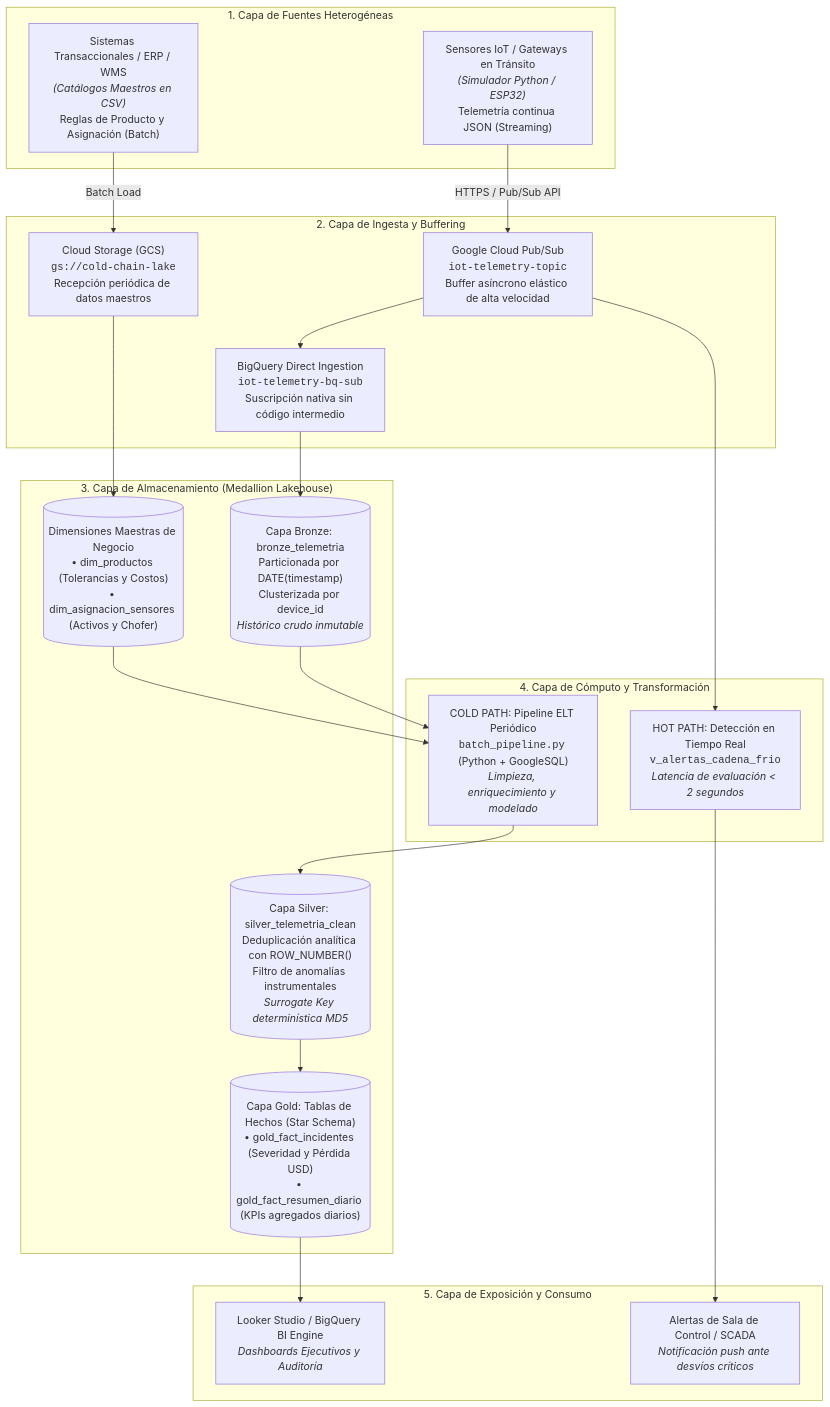
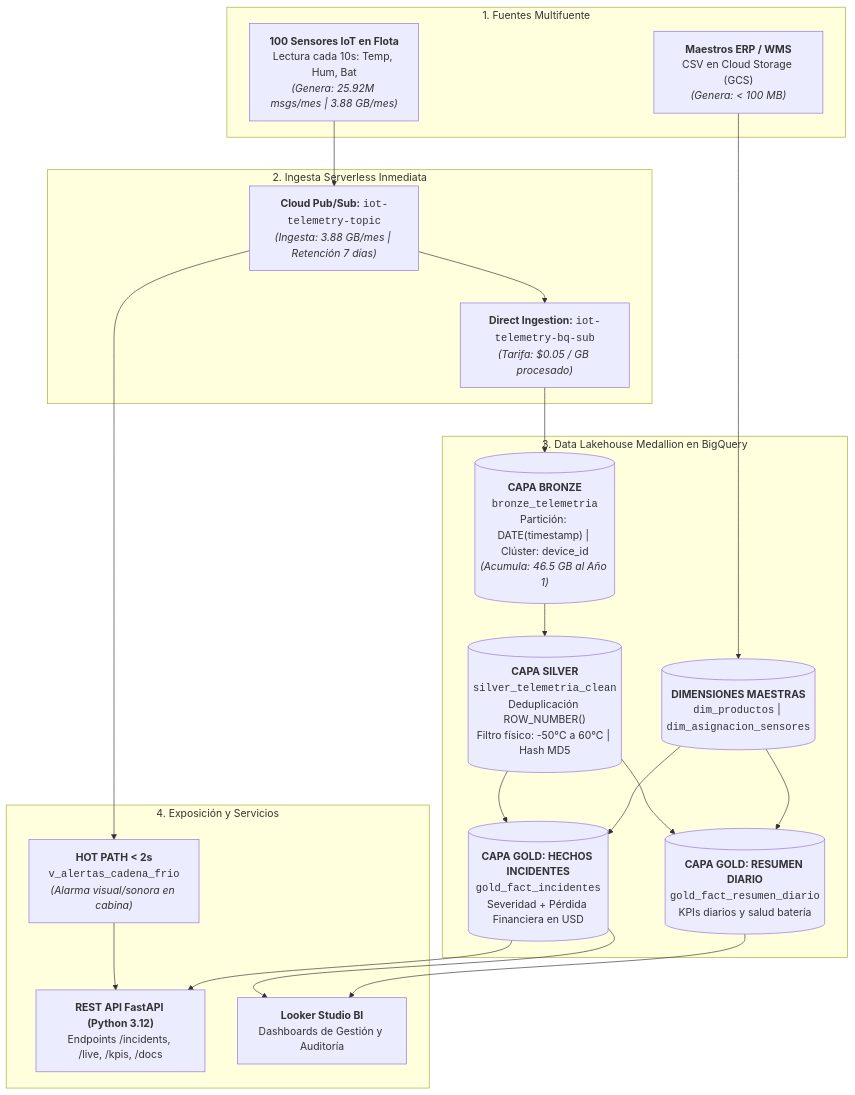
One commit to gsoto1872-blip/iot-coldchain changed the third of 6 diagrams in informe/INFORME_FINAL_PROYECTO_IOT.md. Above: the diagram before and after it, drawn with Mermaid. The commit also changed other lines of this file, not shown here.

Commit message:
docs(report): update master technical report with complete 10-point evaluation structure, API exposure layer, E2E demo traces, and TCO calculator

````diff
--- a/informe/INFORME_FINAL_PROYECTO_IOT.md
+++ b/informe/INFORME_FINAL_PROYECTO_IOT.md
@@ -42,42 +270,38 @@
 ```mermaid
 flowchart TD
-    subgraph S1["1. Capa de Fuentes Heterogéneas"]
-        IoT["Sensores IoT / Gateways en Tránsito<br/><i>(Simulador Python / ESP32)</i><br/>Telemetría continua JSON (Streaming)"]
-        ERP["Sistemas Transaccionales / ERP / WMS<br/><i>(Catálogos Maestros en CSV)</i><br/>Reglas de Producto y Asignación (Batch)"]
+    subgraph S1["1. Fuentes Multifuente"]
+        IoT["<b>100 Sensores IoT en Flota</b><br/>Lectura cada 10s: Temp, Hum, Bat<br/><i>(Genera: 25.92M msgs/mes | 3.88 GB/mes)</i>"]
+        ERP["<b>Maestros ERP / WMS</b><br/>CSV en Cloud Storage (GCS)<br/><i>(Genera: &lt; 100 MB)</i>"]
     end
 
-    subgraph S2["2. Capa de Ingesta y Buffering"]
-        Broker["Google Cloud Pub/Sub<br/><code>iot-telemetry-topic</code><br/>Buffer asíncrono elástico de alta velocidad"]
-        DirectSub["BigQuery Direct Ingestion<br/><code>iot-telemetry-bq-sub</code><br/>Suscripción nativa sin código intermedio"]
-        StorageBucket["Cloud Storage (GCS)<br/><code>gs://cold-chain-lake</code><br/>Recepción periódica de datos maestros"]
+    subgraph S2["2. Ingesta Serverless Inmediata"]
+        PS["<b>Cloud Pub/Sub:</b> <code>iot-telemetry-topic</code><br/><i>(Ingesta: 3.88 GB/mes | Retención 7 días)</i>"]
+        SubBQ["<b>Direct Ingestion:</b> <code>iot-telemetry-bq-sub</code><br/><i>(Tarifa: $0.05 / GB procesado)</i>"]
     end
 
-    subgraph S3["3. Capa de Almacenamiento (Medallion Lakehouse)"]
-        Bronze[("Capa Bronze: bronze_telemetria<br/>Particionada por DATE(timestamp)<br/>Clusterizada por device_id<br/><i>Histórico crudo inmutable</i>")]
-        Silver[("Capa Silver: silver_telemetria_clean<br/>Deduplicación analítica con ROW_NUMBER()<br/>Filtro de anomalías instrumentales<br/><i>Surrogate Key determinística MD5</i>")]
-        GoldFacts[("Capa Gold: Tablas de Hechos (Star Schema)<br/>• gold_fact_incidentes (Severidad y Pérdida USD)<br/>• gold_fact_resumen_diario (KPIs agregados diarios)")]
-        Dims[("Dimensiones Maestras de Negocio<br/>• dim_productos (Tolerancias y Costos)<br/>• dim_asignacion_sensores (Activos y Chofer)")]
+    subgraph S3["3. Data Lakehouse Medallion en BigQuery"]
+        Bronze[("<b>CAPA BRONZE</b><br/><code>bronze_telemetria</code><br/>Partición: DATE(timestamp) | Clúster: device_id<br/><i>(Acumula: 46.5 GB al Año 1)</i>")]
+        Silver[("<b>CAPA SILVER</b><br/><code>silver_telemetria_clean</code><br/>Deduplicación ROW_NUMBER()<br/>Filtro físico: -50°C a 60°C | Hash MD5")]
+        Gold_Inc[("<b>CAPA GOLD: HECHOS INCIDENTES</b><br/><code>gold_fact_incidentes</code><br/>Severidad + Pérdida Financiera en USD")]
+        Gold_Day[("<b>CAPA GOLD: RESUMEN DIARIO</b><br/><code>gold_fact_resumen_diario</code><br/>KPIs diarios y salud batería")]
+        Dims[("<b>DIMENSIONES MAESTRAS</b><br/><code>dim_productos</code> | <code>dim_asignacion_sensores</code>")]
     end
 
-    subgraph S4["4. Capa de Cómputo y Transformación"]
-        Hot["HOT PATH: Detección en Tiempo Real<br/><code>v_alertas_cadena_frio</code><br/><i>Latencia de evaluación &lt; 2 segundos</i>"]
-        Cold["COLD PATH: Pipeline ELT Periódico<br/><code>batch_pipeline.py</code> (Python + GoogleSQL)<br/><i>Limpieza, enriquecimiento y modelado</i>"]
+    subgraph S4["4. Exposición y Servicios"]
+        Hot["<b>HOT PATH &lt; 2s</b><br/><code>v_alertas_cadena_frio</code><br/><i>(Alarma visual/sonora en cabina)</i>"]
+        API["<b>REST API FastAPI (Python 3.12)</b><br/>Endpoints /incidents, /live, /kpis, /docs"]
+        Looker["<b>Looker Studio BI</b><br/>Dashboards de Gestión y Auditoría"]
     end
 
-    subgraph S5["5. Capa de Exposición y Consumo"]
-        BI["Looker Studio / BigQuery BI Engine<br/><i>Dashboards Ejecutivos y Auditoría</i>"]
-        Ops["Alertas de Sala de Control / SCADA<br/><i>Notificación push ante desvíos críticos</i>"]
-    end
-
-    IoT -->|HTTPS / Pub/Sub API| Broker
-    ERP -->|Batch Load| StorageBucket --> Dims
-
-    Broker --> DirectSub --> Bronze
-    Broker --> Hot --> Ops
-
-    Bronze --> Cold
-    Dims --> Cold
-    Cold --> Silver --> GoldFacts
-
-    GoldFacts --> BI
+    IoT --> PS --> SubBQ --> Bronze
+    ERP --> Dims
+    PS --> Hot --> API
+    Bronze --> Silver
+    Silver --> Gold_Inc
+    Silver --> Gold_Day
+    Dims --> Gold_Inc
+    Dims --> Gold_Day
+    Gold_Inc --> API
+    Gold_Inc --> Looker
+    Gold_Day --> Looker
 ```
````
